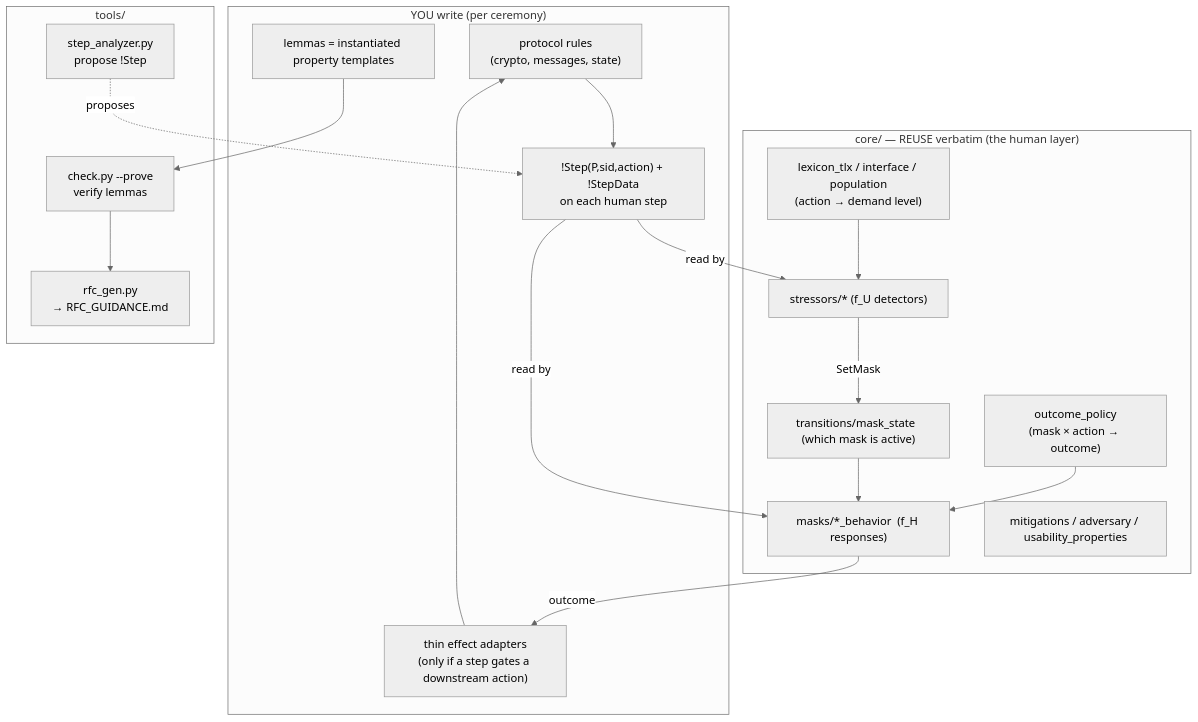
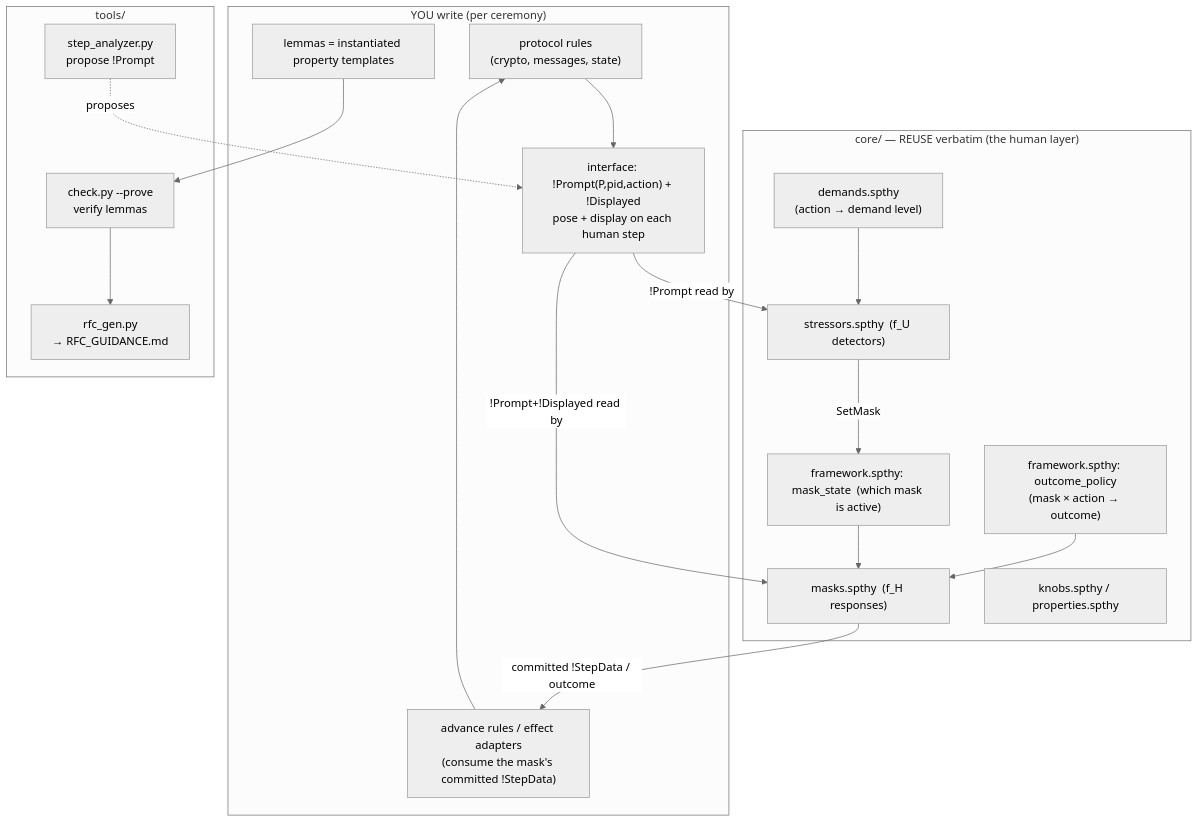
Before and after one commit to LarissaGRosa/mcp-usable-security-formal-analysis: the first of 5 diagrams in tamarin_model/AUTHORING_GUIDE.md, drawn with Mermaid (neutral theme). The commit also changed other lines of this file and 135 other files, not shown here.

First line of the commit message:
tamarin_model: flat-layer core, mistake-only secure_email, pushed-mask perf, cue+recovery stressors

````diff
--- a/tamarin_model/AUTHORING_GUIDE.md
+++ b/tamarin_model/AUTHORING_GUIDE.md
@@ -37,34 +40,34 @@
 ```mermaid
 flowchart TB
   subgraph YOU["YOU write (per ceremony)"]
     P["protocol rules<br/>(crypto, messages, state)"]
-    ST["!Step(P,sid,action) + !StepData<br/>on each human step"]
-    EA["thin effect adapters<br/>(only if a step gates a downstream action)"]
+    ST["interface: !Prompt(P,pid,action) + !Displayed<br/>pose + display on each human step"]
+    EA["advance rules / effect adapters<br/>(consume the mask's committed !StepData)"]
     LM["lemmas = instantiated property templates"]
   end
   subgraph CORE["core/ — REUSE verbatim (the human layer)"]
-    LEX["lexicon_tlx / interface / population<br/>(action → demand level)"]
-    POL["outcome_policy<br/>(mask × action → outcome)"]
-    DET["stressors/*  (f_U detectors)"]
-    BEH["masks/*_behavior  (f_H responses)"]
-    GATE["transitions/mask_state  (which mask is active)"]
-    MIT["mitigations / adversary / usability_properties"]
+    LEX["demands.spthy<br/>(action → demand level)"]
+    POL["framework.spthy: outcome_policy<br/>(mask × action → outcome)"]
+    DET["stressors.spthy  (f_U detectors)"]
+    BEH["masks.spthy  (f_H responses)"]
+    GATE["framework.spthy: mask_state  (which mask is active)"]
+    MIT["knobs.spthy / properties.spthy"]
   end
   subgraph TOOLS["tools/"]
-    SA["step_analyzer.py<br/>propose !Step"]
+    SA["step_analyzer.py<br/>propose !Prompt"]
     CK["check.py --prove<br/>verify lemmas"]
     RG["rfc_gen.py<br/>→ RFC_GUIDANCE.md"]
   end
   P --> ST
-  ST -->|read by| DET
-  ST -->|read by| BEH
+  ST -->|!Prompt read by| DET
+  ST -->|!Prompt+!Displayed read by| BEH
   LEX --> DET
   POL --> BEH
   DET -->|SetMask| GATE
   GATE --> BEH
-  BEH -->|outcome| EA
+  BEH -->|committed !StepData / outcome| EA
   EA --> P
   SA -.proposes.-> ST
   LM --> CK
   CK --> RG
 ```
````
